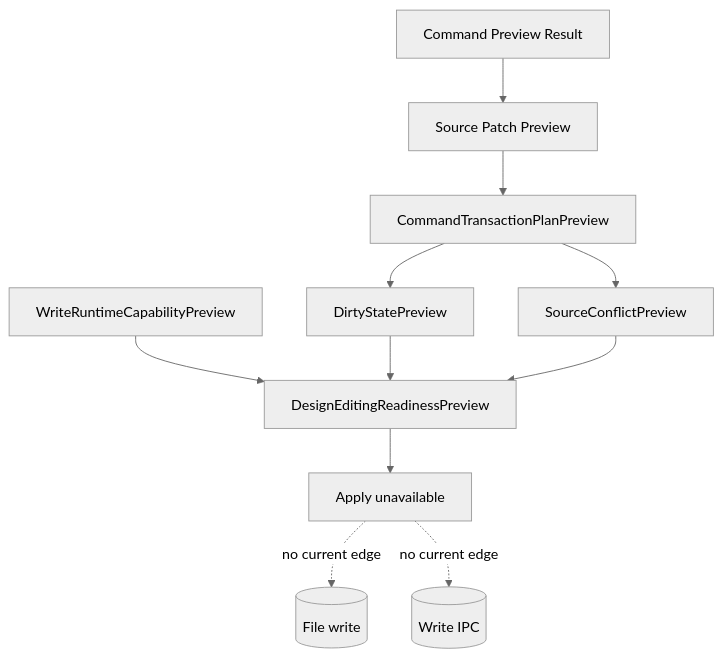
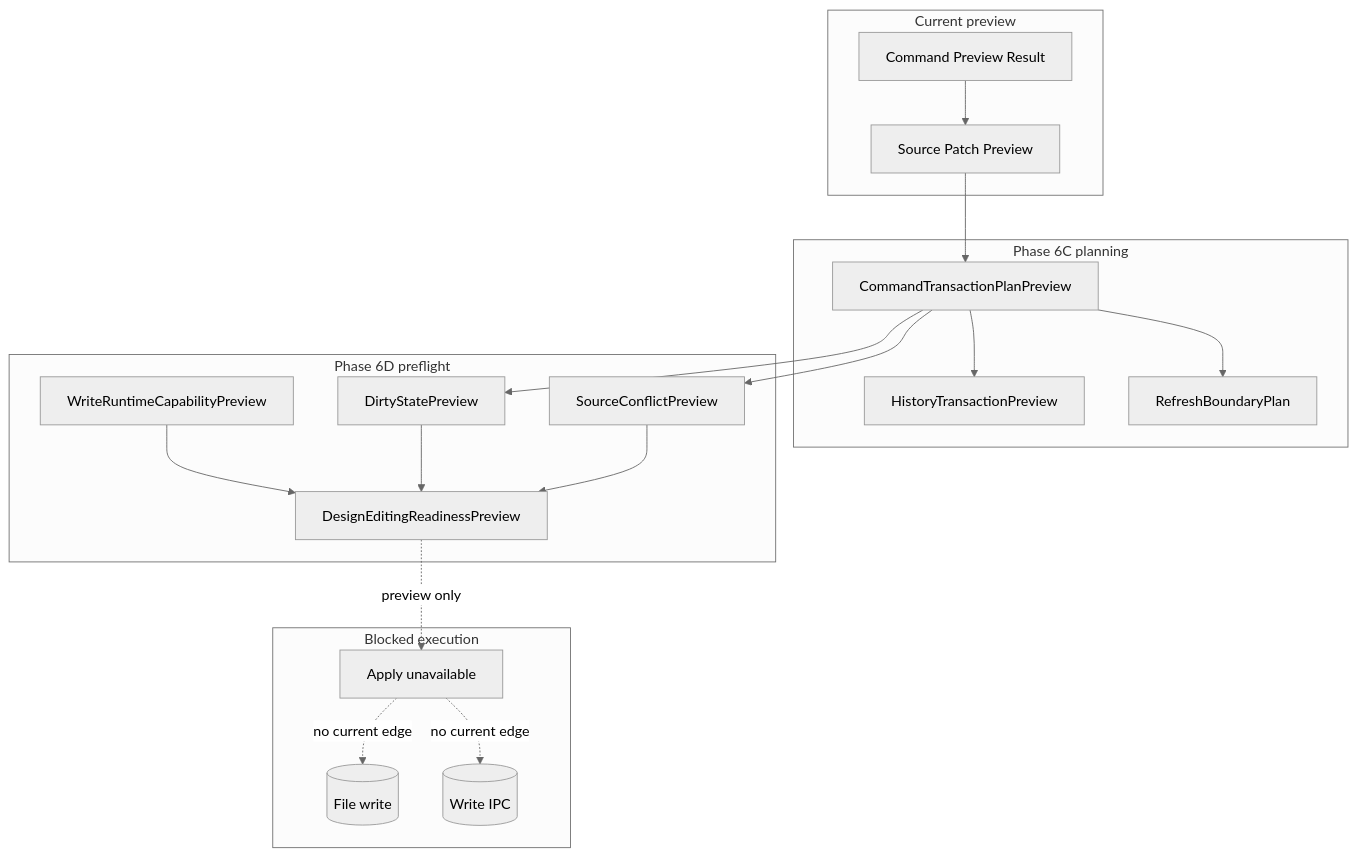
One commit to krestosa/Crystal changed the diagram in docs/architecture/commands/future-command-execution.md. Above: the diagram before and after it, drawn with Mermaid (neutral theme). The commit also changed other lines of this file and 2 other files, not shown here.

Commit message:
Preserve design editing preflight documentation context

````diff
--- a/docs/architecture/commands/future-command-execution.md
+++ b/docs/architecture/commands/future-command-execution.md
@@ -59,13 +84,38 @@
 ```mermaid
 flowchart TD
-  Command[Command Preview Result] --> Patch[Source Patch Preview]
-  Patch --> Plan[CommandTransactionPlanPreview]
-  Plan --> Dirty[DirtyStatePreview]
-  Plan --> Conflict[SourceConflictPreview]
-  Runtime[WriteRuntimeCapabilityPreview] --> Readiness[DesignEditingReadinessPreview]
-  Dirty --> Readiness
-  Conflict --> Readiness
-  Readiness --> Apply[Apply unavailable]
-  Apply -. no current edge .-> Write[(File write)]
-  Apply -. no current edge .-> Ipc[(Write IPC)]
+  subgraph Preview[Current preview]
+    Command[Command Preview Result]
+    Patch[Source Patch Preview]
+  end
+
+  subgraph Planning[Phase 6C planning]
+    Plan[CommandTransactionPlanPreview]
+    History[HistoryTransactionPreview]
+    Refresh[RefreshBoundaryPlan]
+  end
+
+  subgraph Preflight[Phase 6D preflight]
+    Dirty[DirtyStatePreview]
+    Conflict[SourceConflictPreview]
+    Runtime[WriteRuntimeCapabilityPreview]
+    Ready[DesignEditingReadinessPreview]
+  end
+
+  subgraph Blocked[Blocked execution]
+    Apply[Apply unavailable]
+    Write[(File write)]
+    Ipc[(Write IPC)]
+  end
+
+  Command --> Patch --> Plan
+  Plan --> History
+  Plan --> Refresh
+  Plan --> Dirty
+  Plan --> Conflict
+  Runtime --> Ready
+  Dirty --> Ready
+  Conflict --> Ready
+  Ready -. preview only .-> Apply
+  Apply -. no current edge .-> Write
+  Apply -. no current edge .-> Ipc
 ```
````
